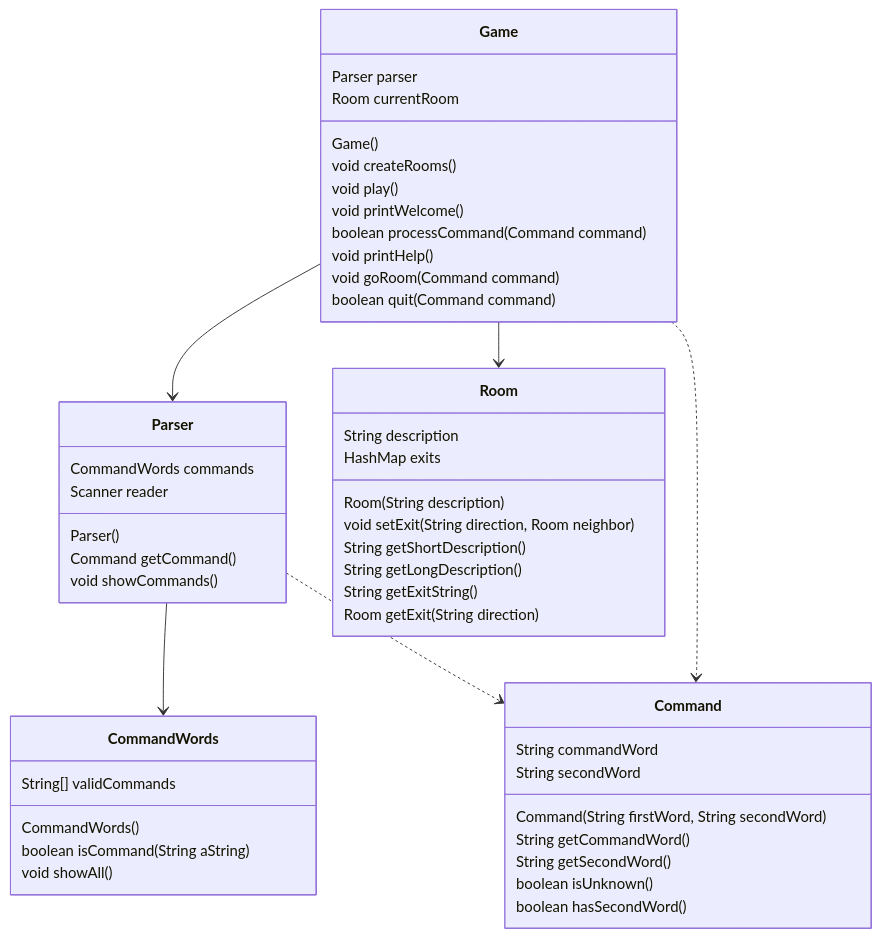
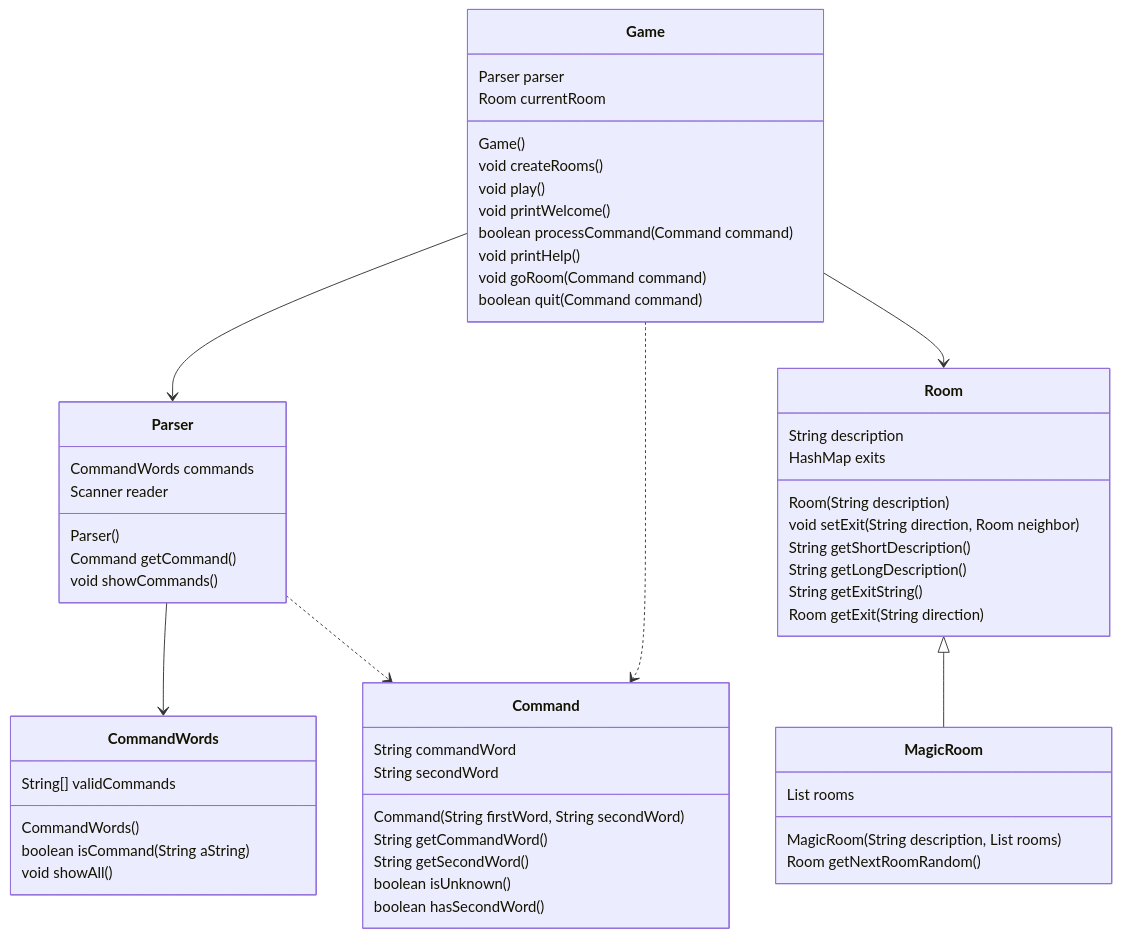
The diagram in REPORT.md (Edvinel/sept1-Edvinel), drawn with Mermaid before and after one commit. The commit also changed other lines of this file and 33 other files, not shown here.

````diff
--- a/REPORT.md
+++ b/REPORT.md
@@ -4,47 +4,52 @@
 ```mermaid
 classDiagram
 class Game
     Game : Parser parser
     Game : Room currentRoom
     Game : Game()
     Game : void createRooms()
     Game: void play()
     Game: void printWelcome()
     Game: boolean processCommand(Command command)
     Game: void printHelp()
     Game: void goRoom(Command command)
     Game: boolean quit(Command command)
 class Room
       Room: String description
       Room: HashMap<String, Room> exits
       Room: Room(String description)
       Room: void setExit(String direction, Room neighbor)
       Room: String getShortDescription()
       Room: String getLongDescription()
       Room: String getExitString()
       Room: Room getExit(String direction)
 class Parser
       Parser: CommandWords commands
       Parser: Scanner reader
       Parser: Parser()
       Parser: Command getCommand()
       Parser: void showCommands()
 class Command
       Command: String commandWord
       Command: String secondWord
       Command: Command(String firstWord, String secondWord)
       Command: String getCommandWord()
       Command: String getSecondWord()
       Command: boolean isUnknown()
       Command: boolean hasSecondWord()
 class CommandWords
       CommandWords: String[] validCommands
       CommandWords: CommandWords()
       CommandWords: boolean isCommand(String aString)
       CommandWords: void showAll()
+class MagicRoom
+      MagicRoom: List<Room> rooms
+      MagicRoom: MagicRoom(String description, List<Room> rooms)
+      MagicRoom: Room getNextRoomRandom()
 Game --> Parser
 Game --> Room
 Game ..> Command
 Parser --> CommandWords
 Parser ..> Command
+Room <|-- MagicRoom
 ```
````
